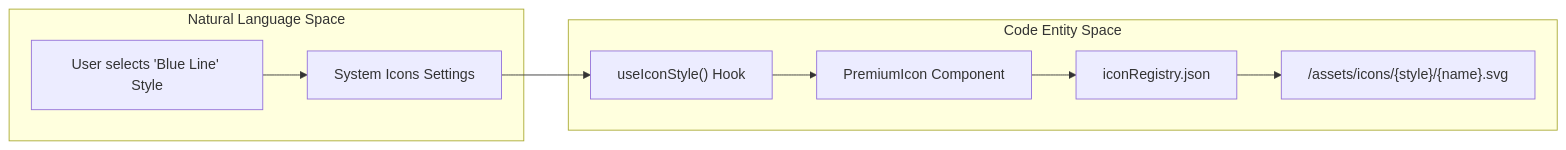
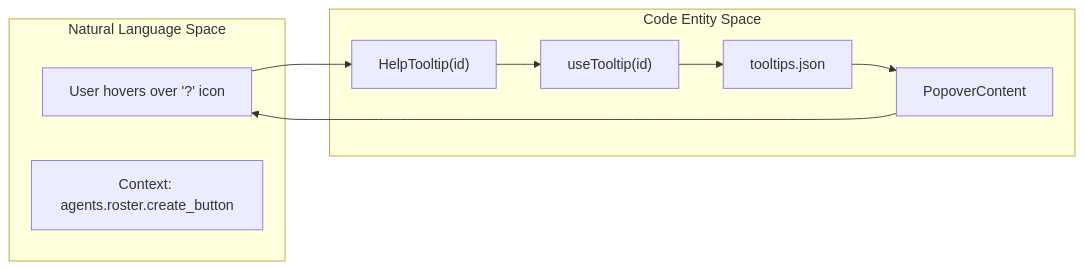
One commit to AutomatosAI/automatos-ai changed the second of 2 diagrams in docs/frontend-architecture/ui-component-patterns.md. Above: the diagram before and after it, drawn with Mermaid. The commit also changed other lines of this file and 153 other files, not shown here.

````diff
--- a/docs/frontend-architecture/ui-component-patterns.md
+++ b/docs/frontend-architecture/ui-component-patterns.md
@@ -124,20 +119,20 @@
 ```mermaid
 graph LR
     subgraph "Natural Language Space"
-        User["User selects 'Blue Line' Style"]
-        System["System Icons Settings"]
+        User["User hovers over '?' icon"]
+        Context["Context: agents.roster.create_button"]
     end
 
     subgraph "Code Entity Space"
-        Config["useIconStyle() Hook"]
-        PremiumIcon["PremiumIcon Component"]
-        Registry["iconRegistry.json"]
-        Assets["/assets/icons/{style}/{name}.svg"]
+        HT["HelpTooltip(id)"]
+        Hook["useTooltip(id)"]
+        JSON["tooltips.json"]
+        Popover["PopoverContent"]
     end
 
-    User --> System
-    System --> Config
-    Config --> PremiumIcon
-    PremiumIcon --> Registry
-    Registry --> Assets
+    User --> HT
+    HT --> Hook
+    Hook --> JSON
+    JSON --> Popover
+    Popover --> User
 ```
````
